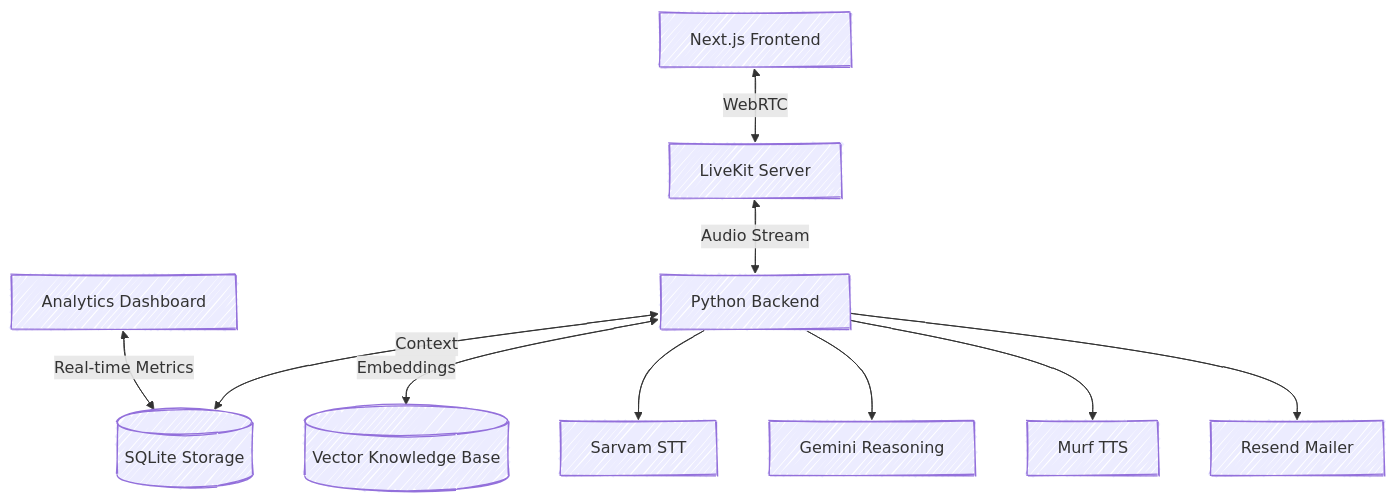
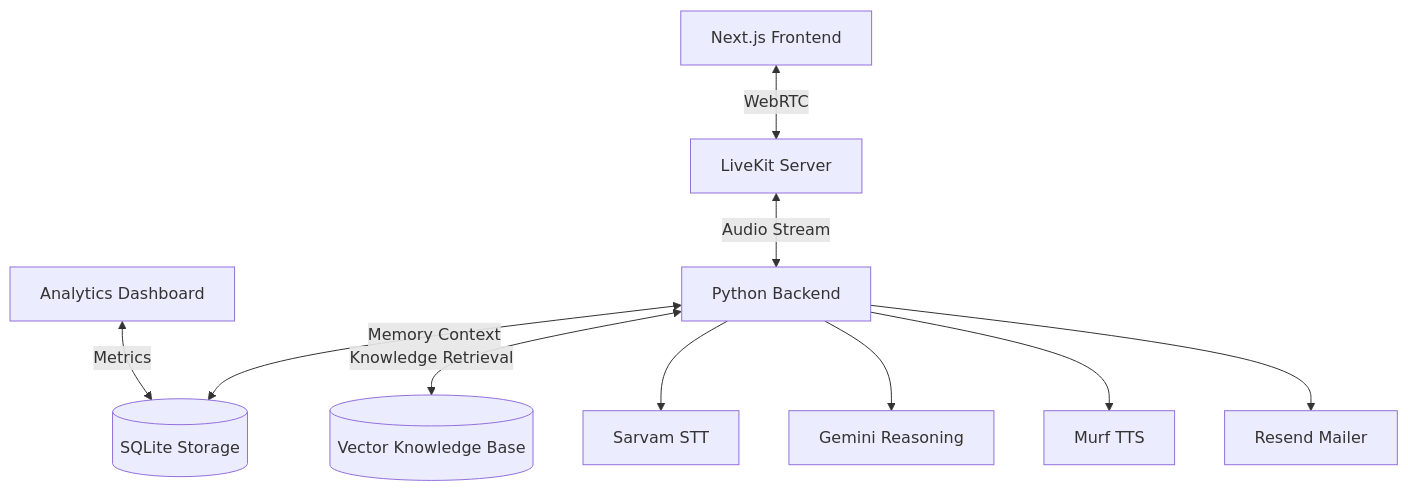
One commit to Swayam42/voice-agent-for-bharat-2026 changed the first of 2 diagrams in README.md. Above: the diagram before and after it, drawn with Mermaid. The commit also changed other lines of this file, not shown here.

Commit message:
Refactor Mermaid diagrams in README.md
Updated Mermaid diagrams for system architecture and handoff sequence with improved formatting.

`````diff
--- a/README.md
+++ b/README.md
@@ -58,28 +60,27 @@
 ```mermaid
-%%{init: {"look": "handDrawn"}}%%
 graph TD
-    Client[Next.js Frontend] 
-    Dash[Analytics Dashboard] 
+    Client["Next.js Frontend"]
+    Dash["Analytics Dashboard"]
 
-    LK[LiveKit Server] 
-    Agent[Python Backend] 
+    LK["LiveKit Server"]
+    Agent["Python Backend"]
 
-    DB[(SQLite Storage)] 
-    RAG[(Vector Knowledge Base)] 
+    DB[("SQLite Storage")]
+    RAG[("Vector Knowledge Base")]
 
-    Murf[Murf TTS] 
-    Gemini[Gemini Reasoning] 
-    Sarvam[Sarvam STT] 
-    Resend[Resend Mailer] 
+    Murf["Murf TTS"]
+    Gemini["Gemini Reasoning"]
+    Sarvam["Sarvam STT"]
+    Resend["Resend Mailer"]
 
     Client <-->|WebRTC| LK
-    Dash <-->|Real-time Metrics| DB
+    Dash <-->|Metrics| DB
     LK <-->|Audio Stream| Agent
-    Agent <-->|Context| DB
-    Agent <-->|Embeddings| RAG
-    
+    Agent <-->|Memory Context| DB
+    Agent <-->|Knowledge Retrieval| RAG
+
     Agent --> Sarvam
     Agent --> Gemini
     Agent --> Murf
     Agent --> Resend
-```
+````
`````
